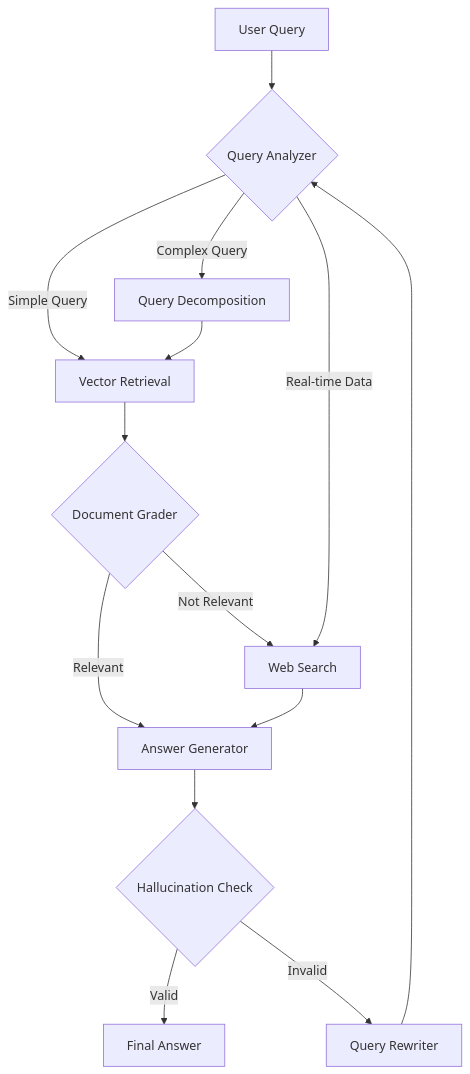
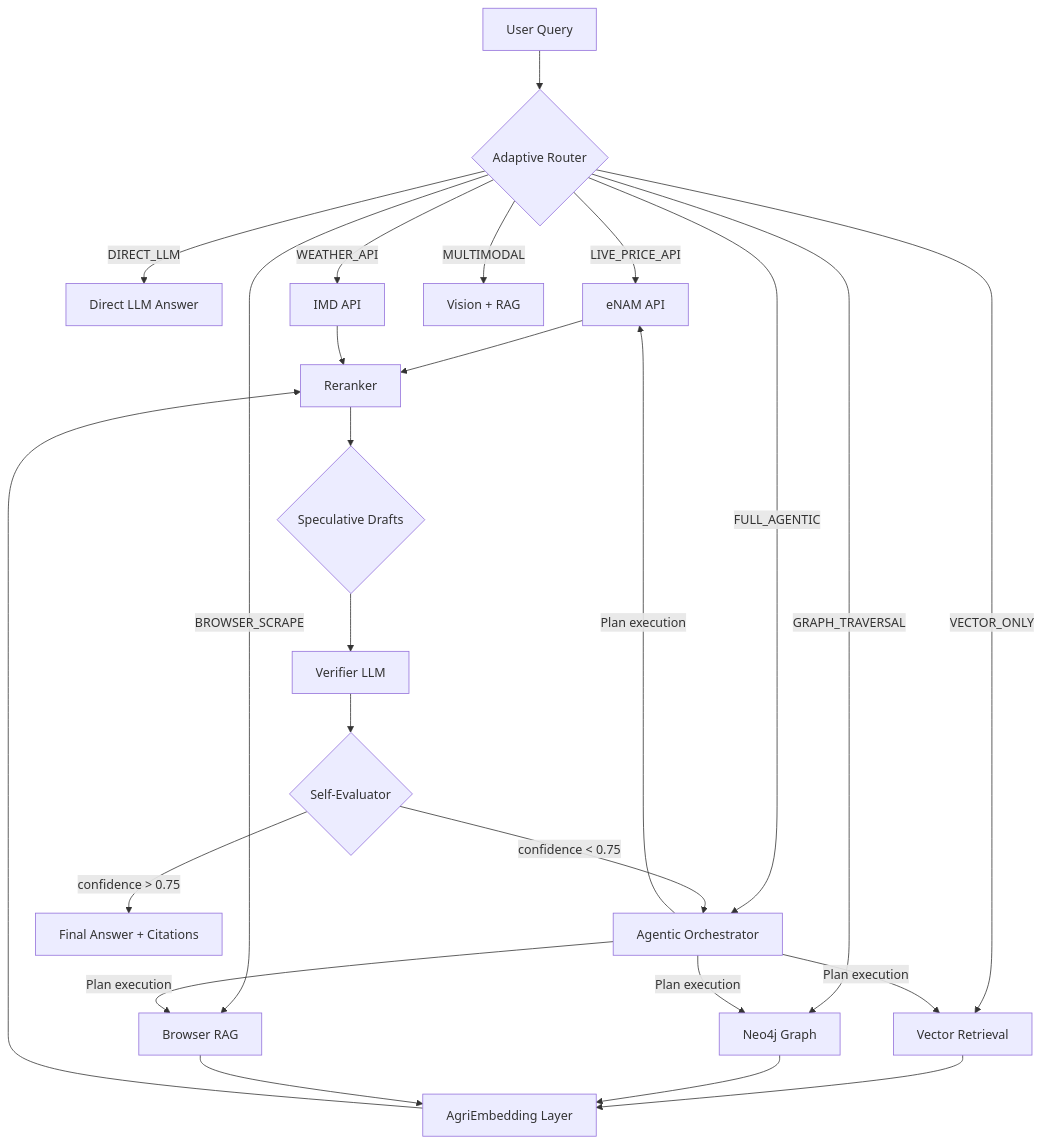
The diagram in docs/rag_architecture.md (cropfresh/Cropfresh_Ai), drawn with Mermaid before and after one commit. The commit also changed other lines of this file and 23 other files, not shown here.

Commit message:
feat: Implement initial components, architectural decisions, and tracking for advanced RAG features including agentic orchestration, adaptive routing, agricultural embeddings, and browser scraping.

````diff
--- a/docs/rag_architecture.md
+++ b/docs/rag_architecture.md
@@ -57,18 +196,31 @@
 ```mermaid
 flowchart TD
-    A[User Query] --> B{Query Analyzer}
-    B -->|Simple Query| C[Vector Retrieval]
-    B -->|Complex Query| D[Query Decomposition]
-    B -->|Real-time Data| E[Web Search]
+    A[User Query] --> B{Adaptive Router}
     
-    D --> C
-    C --> F{Document Grader}
-    F -->|Relevant| G[Answer Generator]
-    F -->|Not Relevant| E
+    B -->|DIRECT_LLM| Z[Direct LLM Answer]
+    B -->|LIVE_PRICE_API| P[eNAM API]
+    B -->|WEATHER_API| W[IMD API]
+    B -->|BROWSER_SCRAPE| BR[Browser RAG]
+    B -->|VECTOR_ONLY| C[Vector Retrieval]
+    B -->|GRAPH_TRAVERSAL| G[Neo4j Graph]
+    B -->|FULL_AGENTIC| O[Agentic Orchestrator]
+    B -->|MULTIMODAL| V[Vision + RAG]
     
-    E --> G
-    G --> H{Hallucination Check}
-    H -->|Valid| I[Final Answer]
-    H -->|Invalid| J[Query Rewriter]
-    J --> B
+    O -->|Plan execution| C
+    O -->|Plan execution| G
+    O -->|Plan execution| P
+    O -->|Plan execution| BR
+    
+    C --> R[AgriEmbedding Layer]
+    G --> R
+    BR --> R
+    P --> F[Reranker]
+    W --> F
+    R --> F
+    
+    F --> D{Speculative Drafts}
+    D --> VER[Verifier LLM]
+    VER --> E{Self-Evaluator}
+    E -->|confidence > 0.75| I[Final Answer + Citations]
+    E -->|confidence < 0.75| O
 ```
````
